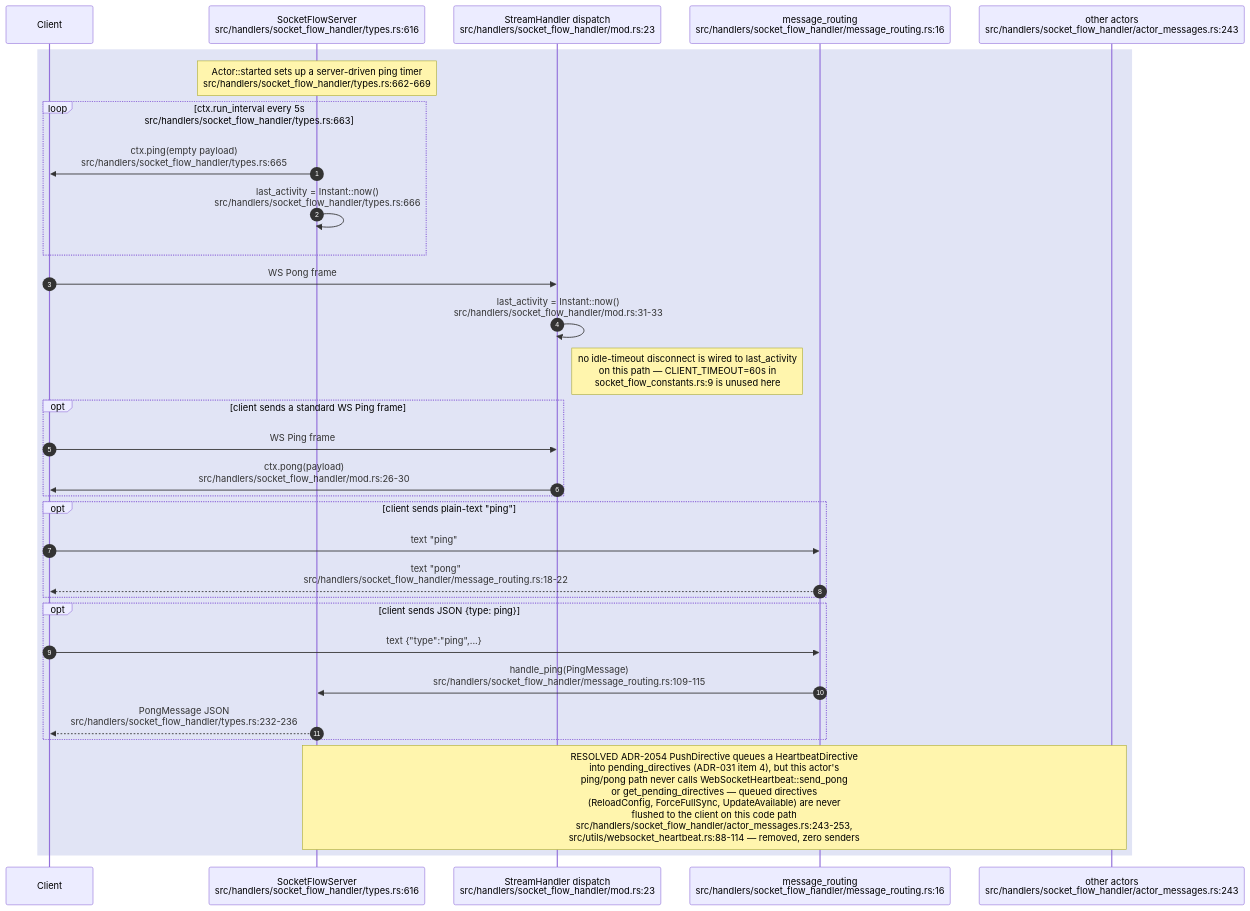
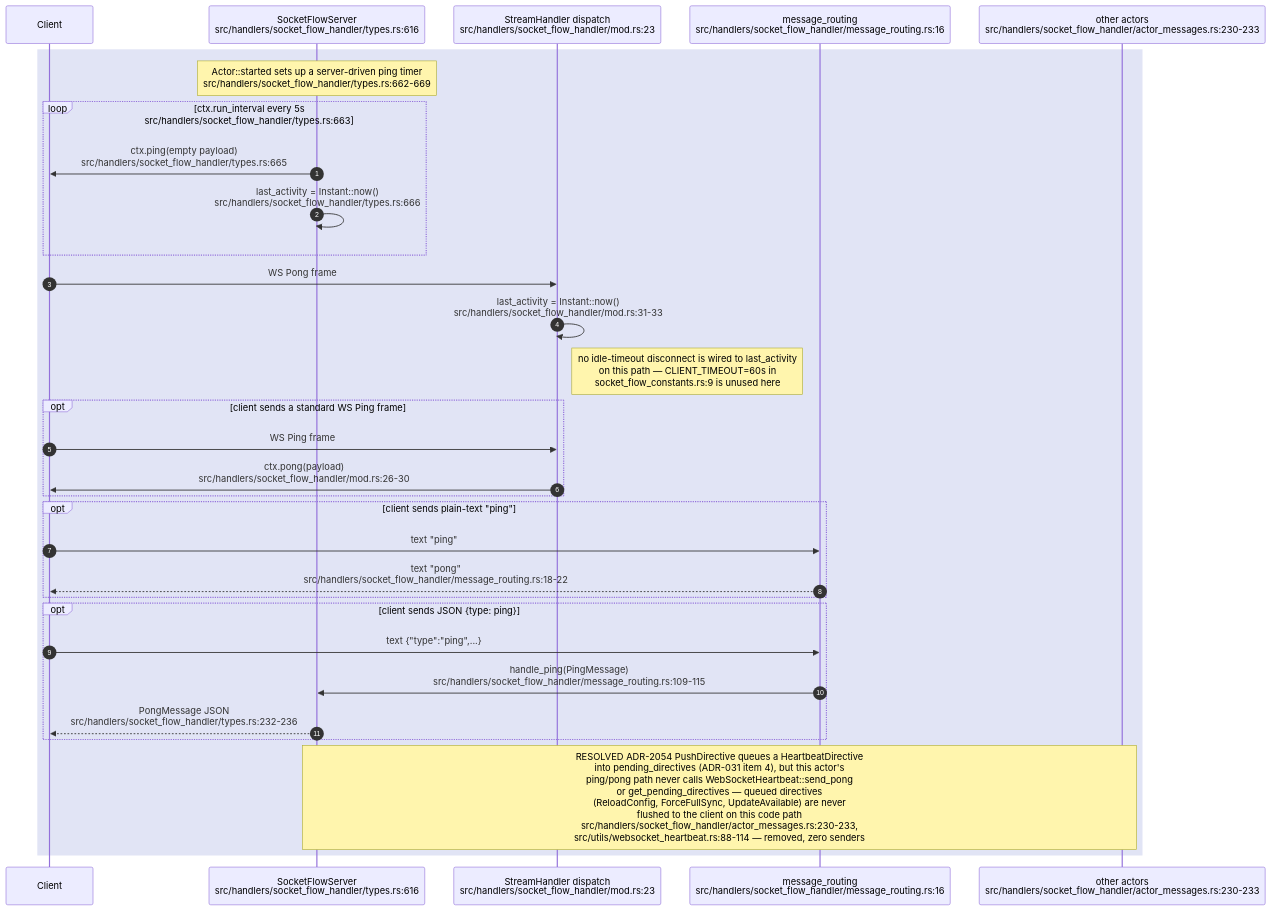
One commit to DreamLab-AI/AR-AI-Knowledge-Graph changed the sixth of 8 diagrams in docs/diagrams/visionclaw/13-broadcast-pipeline-and-websocket.md. Above: the diagram before and after it, drawn with Mermaid. The commit also changed other lines of this file and 172 other files, not shown here.

````diff
--- a/docs/diagrams/visionclaw/13-broadcast-pipeline-and-websocket.md
+++ b/docs/diagrams/visionclaw/13-broadcast-pipeline-and-websocket.md
@@ -344,34 +345,34 @@
 ```mermaid
 sequenceDiagram
     autonumber
     participant C as Client
     participant WSS as SocketFlowServer<br/>src/handlers/socket_flow_handler/types.rs:616
     participant SH as StreamHandler dispatch<br/>src/handlers/socket_flow_handler/mod.rs:23
     participant MR as message_routing<br/>src/handlers/socket_flow_handler/message_routing.rs:16
-    participant OA as other actors<br/>src/handlers/socket_flow_handler/actor_messages.rs:243
+    participant OA as other actors<br/>src/handlers/socket_flow_handler/actor_messages.rs:230-233
 
     rect rgb(225,228,245)
     Note over WSS: Actor::started sets up a server-driven ping timer<br/>src/handlers/socket_flow_handler/types.rs:662-669
     loop ctx.run_interval every 5s<br/>src/handlers/socket_flow_handler/types.rs:663
         WSS->>C: ctx.ping(empty payload)<br/>src/handlers/socket_flow_handler/types.rs:665
         WSS->>WSS: last_activity = Instant::now()<br/>src/handlers/socket_flow_handler/types.rs:666
     end
     C->>SH: WS Pong frame
     SH->>SH: last_activity = Instant::now()<br/>src/handlers/socket_flow_handler/mod.rs:31-33
     Note right of SH: no idle-timeout disconnect is wired to last_activity<br/>on this path — CLIENT_TIMEOUT=60s in<br/>socket_flow_constants.rs:9 is unused here
     opt client sends a standard WS Ping frame
         C->>SH: WS Ping frame
         SH->>C: ctx.pong(payload)<br/>src/handlers/socket_flow_handler/mod.rs:26-30
     end
     opt client sends plain-text "ping"
         C->>MR: text "ping"
         MR-->>C: text "pong"<br/>src/handlers/socket_flow_handler/message_routing.rs:18-22
     end
     opt client sends JSON {type: ping}
         C->>MR: text {"type":"ping",...}
         MR->>WSS: handle_ping(PingMessage)<br/>src/handlers/socket_flow_handler/message_routing.rs:109-115
         WSS-->>C: PongMessage JSON<br/>src/handlers/socket_flow_handler/types.rs:232-236
     end
-    Note over WSS,OA: RESOLVED ADR-2054 PushDirective queues a HeartbeatDirective<br/>into pending_directives (ADR-031 item 4), but this actor's<br/>ping/pong path never calls WebSocketHeartbeat::send_pong<br/>or get_pending_directives — queued directives<br/>(ReloadConfig, ForceFullSync, UpdateAvailable) are never<br/>flushed to the client on this code path<br/>src/handlers/socket_flow_handler/actor_messages.rs:243-253,<br/>src/utils/websocket_heartbeat.rs:88-114 — removed, zero senders
+    Note over WSS,OA: RESOLVED ADR-2054 PushDirective queues a HeartbeatDirective<br/>into pending_directives (ADR-031 item 4), but this actor's<br/>ping/pong path never calls WebSocketHeartbeat::send_pong<br/>or get_pending_directives — queued directives<br/>(ReloadConfig, ForceFullSync, UpdateAvailable) are never<br/>flushed to the client on this code path<br/>src/handlers/socket_flow_handler/actor_messages.rs:230-233,<br/>src/utils/websocket_heartbeat.rs:88-114 — removed, zero senders
     end
 ```
````
